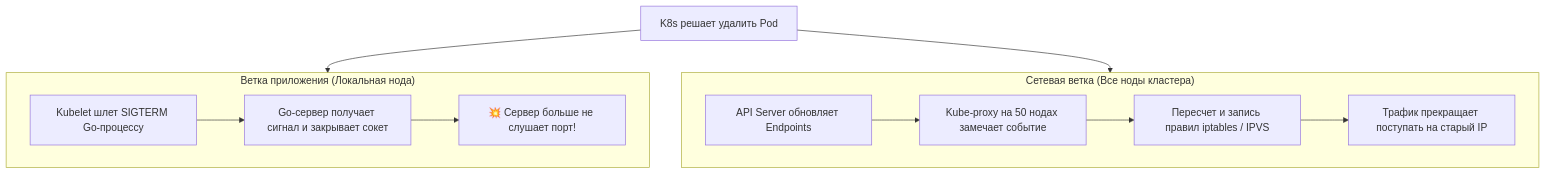
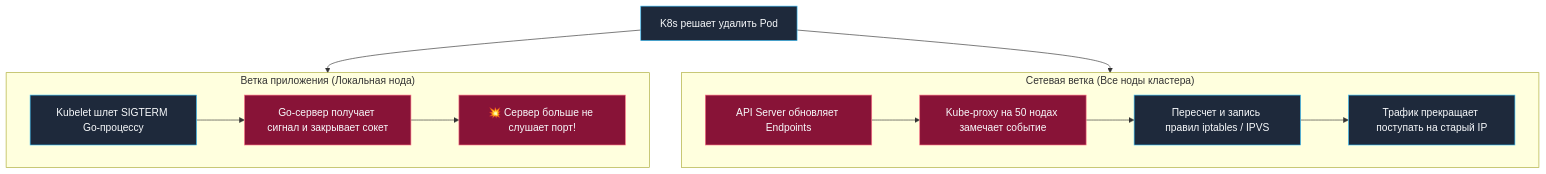
One commit to UnrealTemplier/go-textbook changed the third of 3 diagrams in sources/19. Инфраструктура. Linux, nginx, Docker, Kubernetes/05. Практика/2. Rolling updates.md. Above: the diagram before and after it, drawn with Mermaid. The commit also changed other lines of this file and 1666 other files, not shown here.

First line of the commit message:
feat(mermaid): add semantic color classDef to 1369 colorless flowchart/graph diagrams

````diff
--- a/sources/19. Инфраструктура. Linux, nginx, Docker, Kubernetes/05. Практика/2. Rolling updates.md
+++ b/sources/19. Инфраструктура. Linux, nginx, Docker, Kubernetes/05. Практика/2. Rolling updates.md
@@ -89,22 +99,32 @@
 ```mermaid
 flowchart TD
-    DeleteEvent["K8s решает удалить Pod"]
+    classDef process  fill:#1e293b,stroke:#38bdf8,stroke-width:1px,color:#f8fafc
+    classDef success  fill:#064e3b,stroke:#34d399,stroke-width:1px,color:#f8fafc
+    classDef error    fill:#7f1d1d,stroke:#f87171,stroke-width:1px,color:#f8fafc
+    classDef warning  fill:#78350f,stroke:#fbbf24,stroke-width:1px,color:#f8fafc
+    classDef entry    fill:#1e3a5f,stroke:#38bdf8,stroke-width:2px,color:#f8fafc
+    classDef aux      fill:#334155,stroke:#64748b,stroke-width:1px,color:#f8fafc
+    classDef system   fill:#312e81,stroke:#a78bfa,stroke-width:1px,color:#f8fafc
+    classDef data     fill:#132d29,stroke:#2dd4bf,stroke-width:1px,color:#f8fafc
+    classDef network  fill:#881337,stroke:#fb7185,stroke-width:1px,color:#f8fafc
+    classDef accent   fill:#1e1b4b,stroke:#818cf8,stroke-width:1px,color:#f8fafc
+    DeleteEvent["K8s решает удалить Pod"]:::process
     
     subgraph AppTrack["Ветка приложения (Локальная нода)"]
-        Kubelet["Kubelet шлет SIGTERM Go-процессу"]
-        GoProc["Go-сервер получает сигнал и закрывает сокет"]
-        AppTrackEnd["💥 Сервер больше не слушает порт!"]
+        Kubelet["Kubelet шлет SIGTERM Go-процессу"]:::process
+        GoProc["Go-сервер получает сигнал и закрывает сокет"]:::network
+        AppTrackEnd["💥 Сервер больше не слушает порт!"]:::network
         Kubelet --> GoProc --> AppTrackEnd
     end
     
     subgraph NetTrack["Сетевая ветка (Все ноды кластера)"]
-        APIServer["API Server обновляет Endpoints"]
-        KubeProxy["Kube-proxy на 50 нодах замечает событие"]
-        IPTables["Пересчет и запись правил iptables / IPVS"]
-        NetTrackEnd["Трафик прекращает поступать на старый IP"]
+        APIServer["API Server обновляет Endpoints"]:::network
+        KubeProxy["Kube-proxy на 50 нодах замечает событие"]:::network
+        IPTables["Пересчет и запись правил iptables / IPVS"]:::process
+        NetTrackEnd["Трафик прекращает поступать на старый IP"]:::process
         APIServer --> KubeProxy --> IPTables --> NetTrackEnd
     end
     
     DeleteEvent --> AppTrack
     DeleteEvent --> NetTrack
 ```
````
